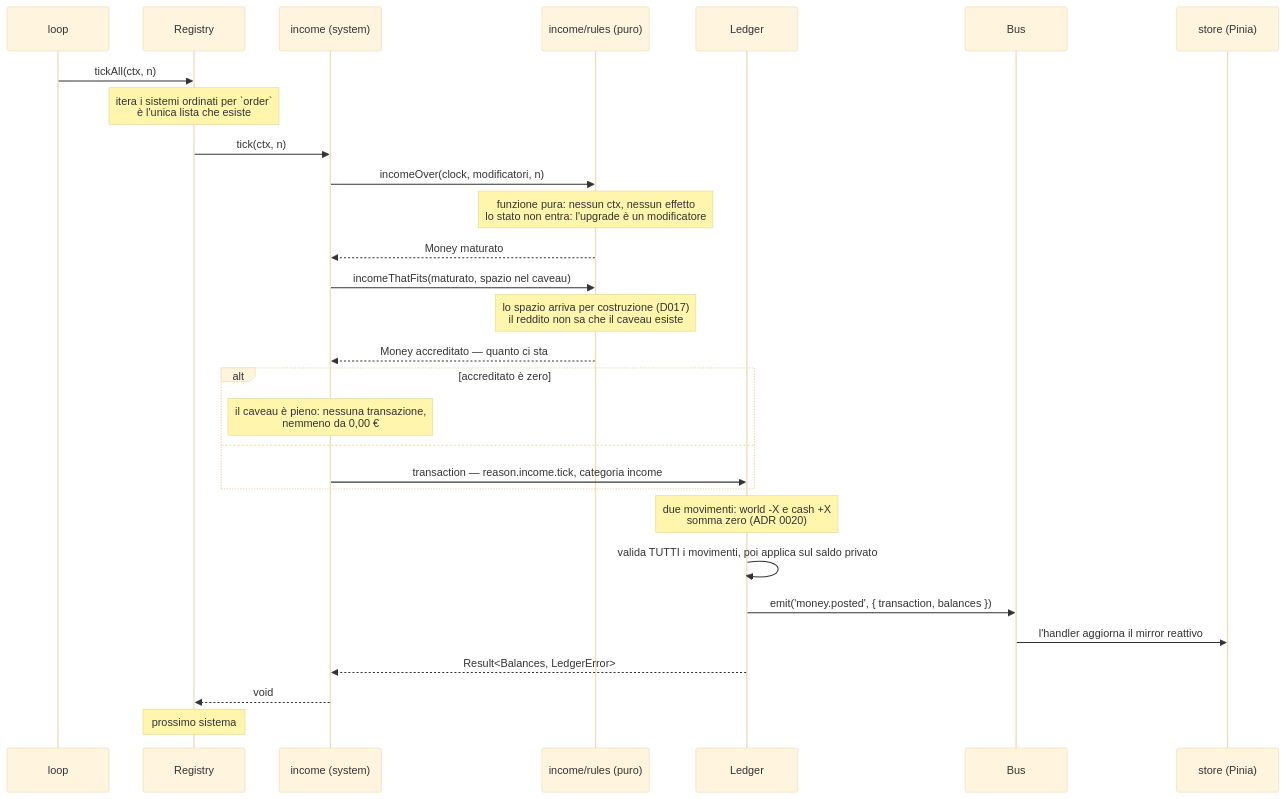
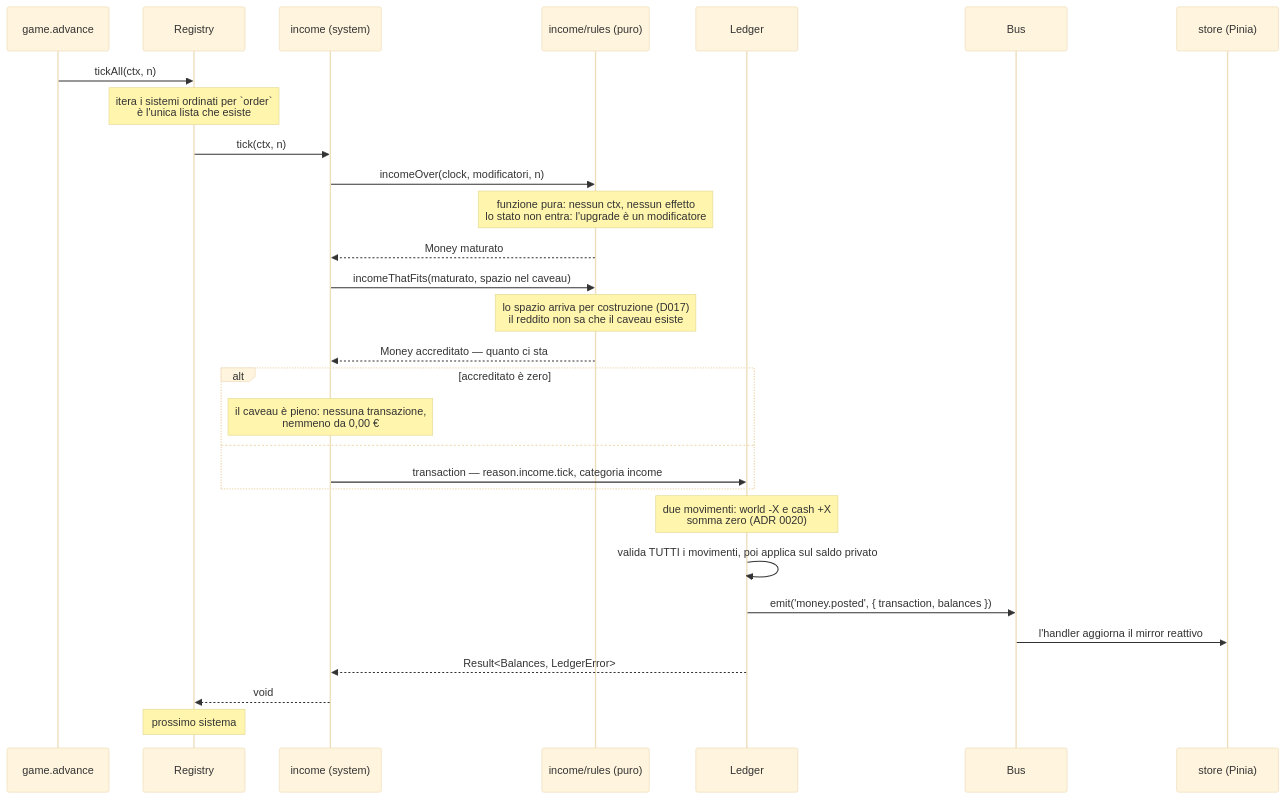
One commit to devfrx/solvent changed the third of 4 diagrams in docs/design/flusso-tick.md. Above: the diagram before and after it, drawn with Mermaid (base theme). The commit also changed other lines of this file and 19 other files, not shown here.

````diff
--- a/docs/design/flusso-tick.md
+++ b/docs/design/flusso-tick.md
@@ -45,32 +79,32 @@
 ```mermaid
 sequenceDiagram
-    participant L as loop
+    participant L as game.advance
     participant R as Registry
     participant S as income (system)
     participant P as income/rules (puro)
     participant LG as Ledger
     participant B as Bus
     participant ST as store (Pinia)
 
     L->>R: tickAll(ctx, n)
     Note over R: itera i sistemi ordinati per `order`<br/>è l'unica lista che esiste
     R->>S: tick(ctx, n)
     S->>P: incomeOver(clock, modificatori, n)
     Note over P: funzione pura: nessun ctx, nessun effetto<br/>lo stato non entra: l'upgrade è un modificatore
     P-->>S: Money maturato
     S->>P: incomeThatFits(maturato, spazio nel caveau)
     Note over P: lo spazio arriva per costruzione (D017)<br/>il reddito non sa che il caveau esiste
     P-->>S: Money accreditato — quanto ci sta
     alt accreditato è zero
         Note over S: il caveau è pieno: nessuna transazione,<br/>nemmeno da 0,00 €
     else
         S->>LG: transaction — reason.income.tick, categoria income
     end
     Note over LG: due movimenti: world -X e cash +X<br/>somma zero (ADR 0020)
     LG->>LG: valida TUTTI i movimenti, poi applica sul saldo privato
     LG->>B: emit('money.posted', { transaction, balances })
     B->>ST: l'handler aggiorna il mirror reattivo
     LG-->>S: Result<Balances, LedgerError>
     S-->>R: void
     Note over R: prossimo sistema
 ```
````
